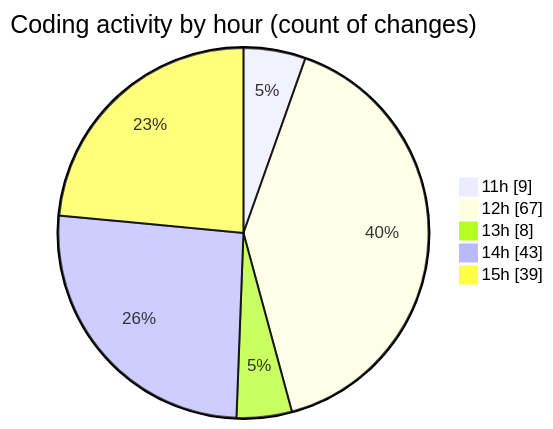
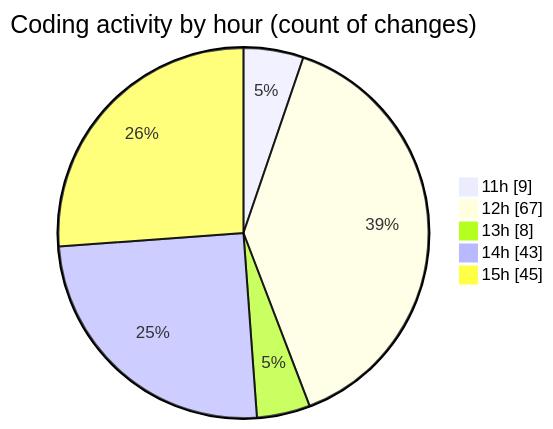
One commit to nxtqubesakshisongat/code-tracking changed the second of 2 diagrams in 2026-08-23/nxtqube_webapp/README.md. Above: the diagram before and after it, drawn with Mermaid. The commit also changed other lines of this file and 1 other file, not shown here.

````diff
--- a/2026-08-23/nxtqube_webapp/README.md
+++ b/2026-08-23/nxtqube_webapp/README.md
@@ -83,9 +84,9 @@
 ```mermaid
 pie showData
 title Coding activity by hour (count of changes)
 "11h" : 9
 "12h" : 67
 "13h" : 8
 "14h" : 43
-"15h" : 39
+"15h" : 45
 ```
````
